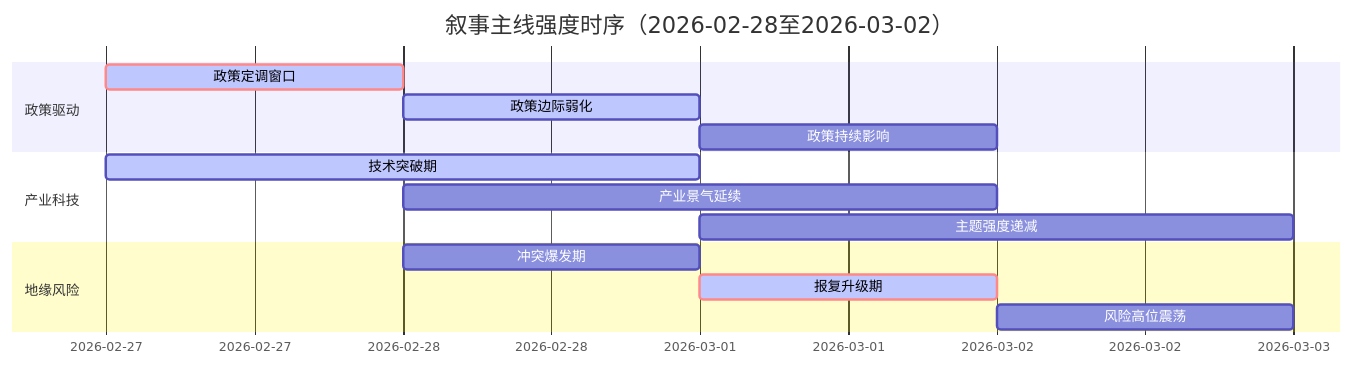
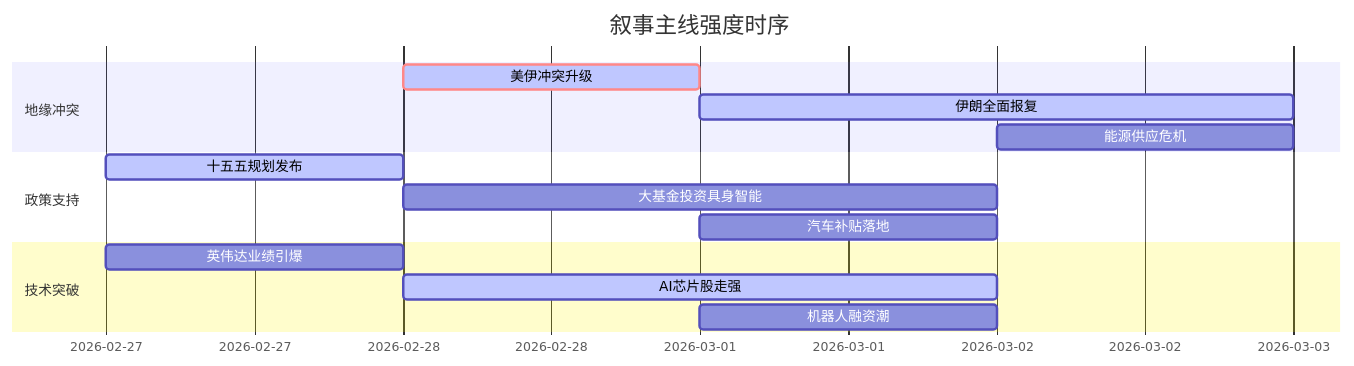
One commit to uu5zn/uu5zn.github.io changed the diagram in 5day_report.md. Above: the diagram before and after it, drawn with Mermaid. The commit also changed other lines of this file and 18 other files, not shown here.

````diff
--- a/5day_report.md
+++ b/5day_report.md
@@ -54,19 +53,19 @@
 ```mermaid
 gantt
-    title 叙事主线强度时序（2026-02-28至2026-03-02）
+    title 叙事主线强度时序
     dateFormat  YYYY-MM-DD
-    section 政策驱动
-    政策定调窗口 :crit, active, 2026-02-27, 1d
-    政策边际弱化 :active, 2026-02-28, 1d
-    政策持续影响 :2026-03-01, 1d
+    section 地缘冲突
+    美伊冲突升级   :crit, active, 2026-02-28, 1d
+    伊朗全面报复   :active, 2026-03-01, 2d
+    能源供应危机   :2026-03-02, 1d
     
-    section 产业科技
-    技术突破期 :active, 2026-02-27, 2d
-    产业景气延续 :2026-02-28, 2d
-    主题强度递减 :2026-03-01, 2d
+    section 政策支持
+    十五五规划发布 :active, 2026-02-27, 1d
+    大基金投资具身智能 :2026-02-28, 2d
+    汽车补贴落地   :2026-03-01, 1d
     
-    section 地缘风险
-    冲突爆发期 :2026-02-28, 1d
-    报复升级期 :crit, active, 2026-03-01, 1d
-    风险高位震荡 :2026-03-02, 1d
+    section 技术突破
+    英伟达业绩引爆 :2026-02-27, 1d
+    AI芯片股走强   :active, 2026-02-28, 2d
+    机器人融资潮   :2026-03-01, 1d
 ```
````
